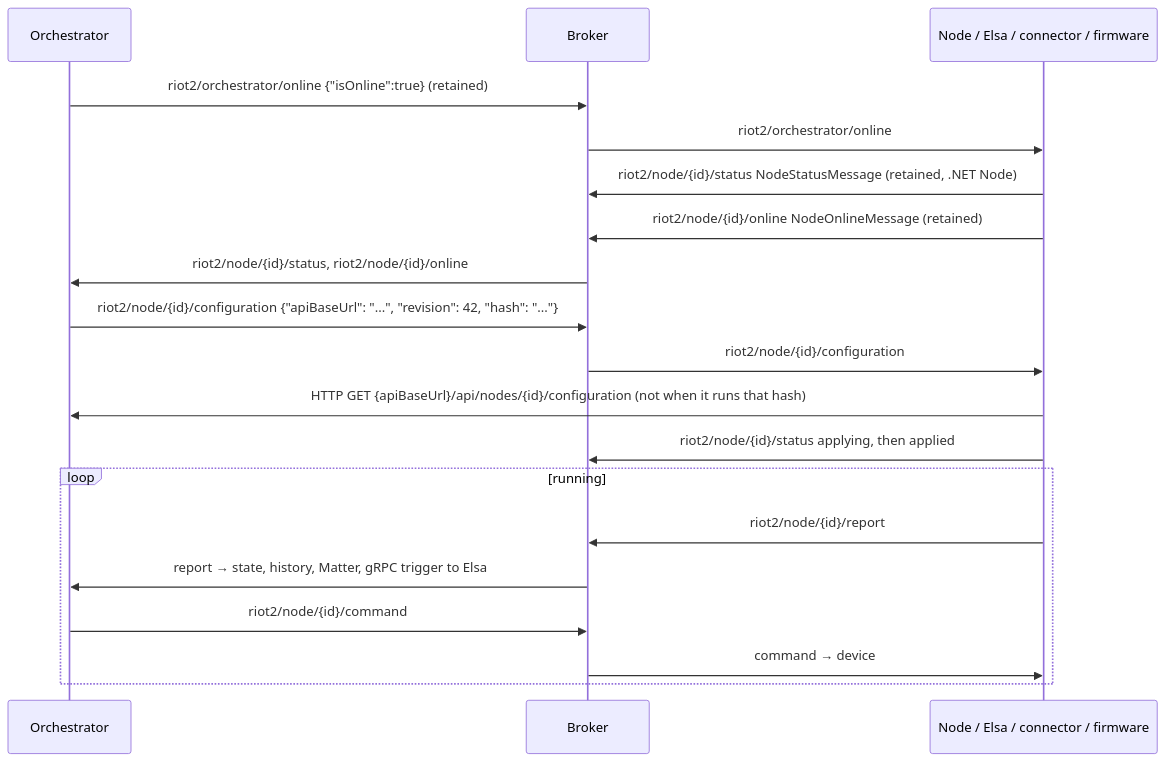
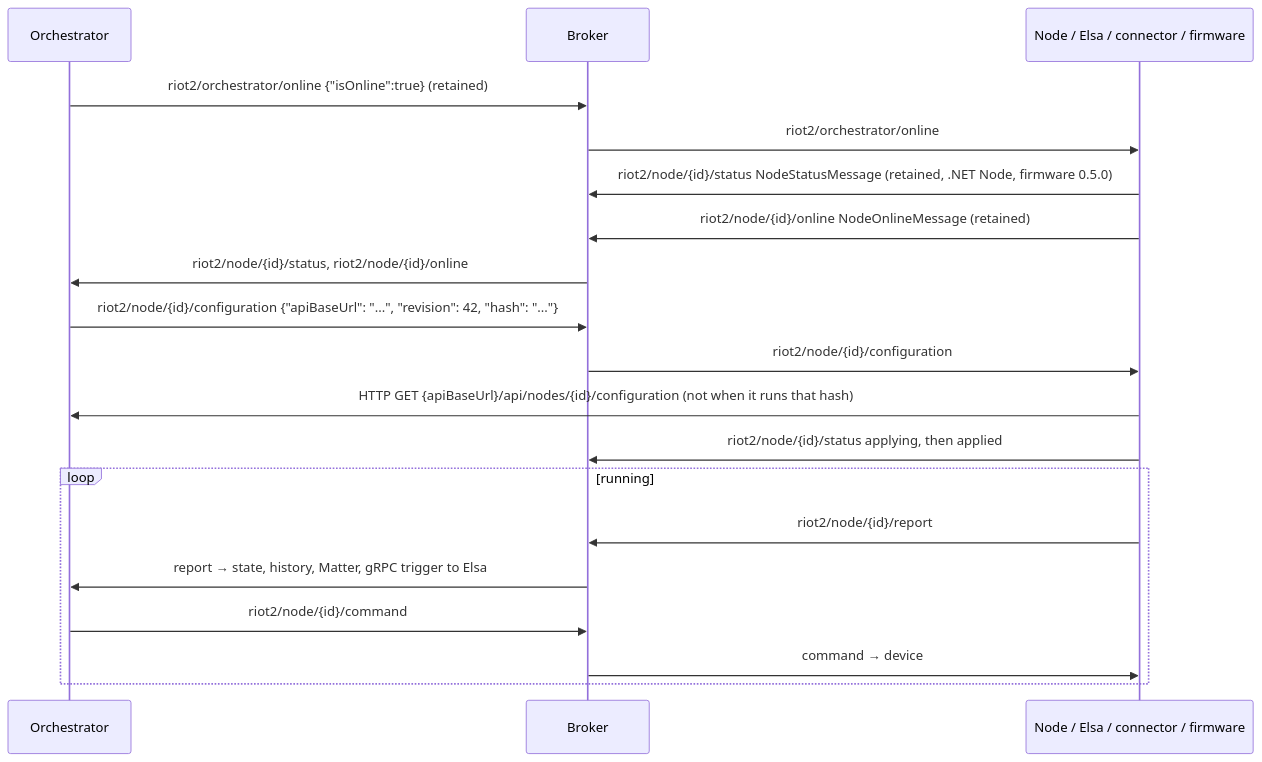
The diagram in docs/contracts/mqtt-delivery.md (Revolutionized-IoT2/.github), drawn with Mermaid before and after one commit. The commit also changed other lines of this file and 9 other files, not shown here.

````diff
--- a/docs/contracts/mqtt-delivery.md
+++ b/docs/contracts/mqtt-delivery.md
@@ -12,21 +12,21 @@
 ```mermaid
 sequenceDiagram
   participant O as Orchestrator
   participant B as Broker
   participant N as Node / Elsa / connector / firmware
   O->>B: riot2/orchestrator/online {"isOnline":true} (retained)
   B->>N: riot2/orchestrator/online
-  N->>B: riot2/node/{id}/status NodeStatusMessage (retained, .NET Node)
+  N->>B: riot2/node/{id}/status NodeStatusMessage (retained, .NET Node, firmware 0.5.0)
   N->>B: riot2/node/{id}/online NodeOnlineMessage (retained)
   B->>O: riot2/node/{id}/status, riot2/node/{id}/online
   O->>B: riot2/node/{id}/configuration {"apiBaseUrl": "...", "revision": 42, "hash": "..."}
   B->>N: riot2/node/{id}/configuration
   N->>O: HTTP GET {apiBaseUrl}/api/nodes/{id}/configuration (not when it runs that hash)
   N->>B: riot2/node/{id}/status applying, then applied
   loop running
     N->>B: riot2/node/{id}/report
     B->>O: report → state, history, Matter, gRPC trigger to Elsa
     O->>B: riot2/node/{id}/command
     B->>N: command → device
   end
 ```
````
